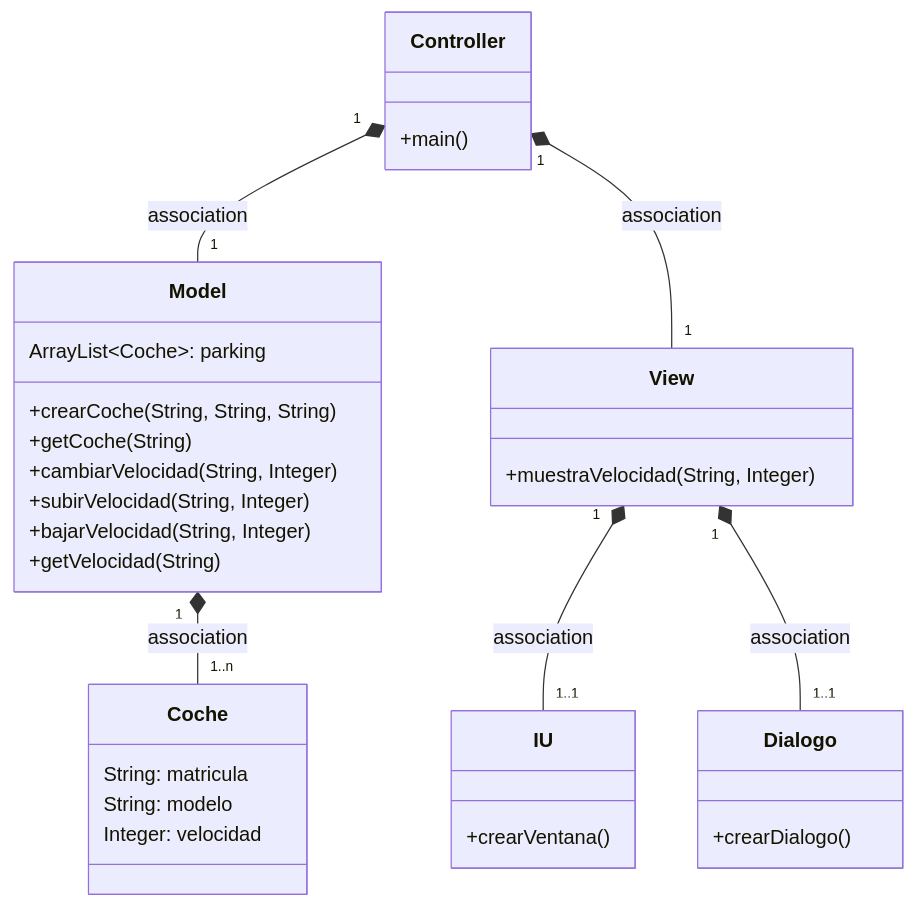
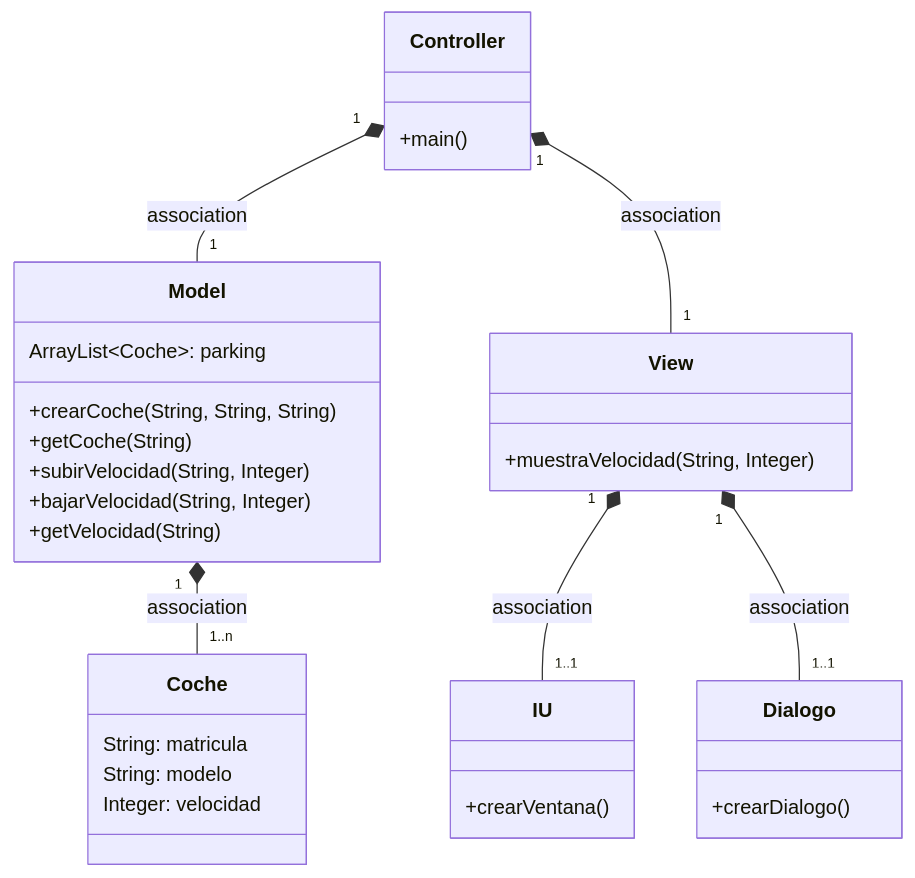
The first of 3 diagrams in Readme.md (JorgeAmestoy/MVC_coches), drawn with Mermaid before and after one commit.

Commit message:
Actualizo readme

````diff
--- a/Readme.md
+++ b/Readme.md
@@ -8,36 +8,35 @@
 ```mermaid
 classDiagram
     class Coche {
         String: matricula
         String: modelo
         Integer: velocidad
     }
       class Controller{
           +main()
       }
       class View {+muestraVelocidad(String, Integer)}
       class Model {
           ArrayList~Coche~: parking
           +crearCoche(String, String, String)
           +getCoche(String)
-          +cambiarVelocidad(String, Integer)
           +subirVelocidad(String, Integer)
           +bajarVelocidad(String, Integer)
           +getVelocidad(String)
           
           
       }
       class IU{
       +crearVentana()
       }
       class Dialogo{
       +crearDialogo()
       }
     Controller "1" *-- "1" Model : association
     Controller "1" *-- "1" View : association
     Model "1" *-- "1..n" Coche : association
     View "1" *-- "1..1" IU : association
     View "1" *-- "1..1" Dialogo : association
     
       
 ```
````
